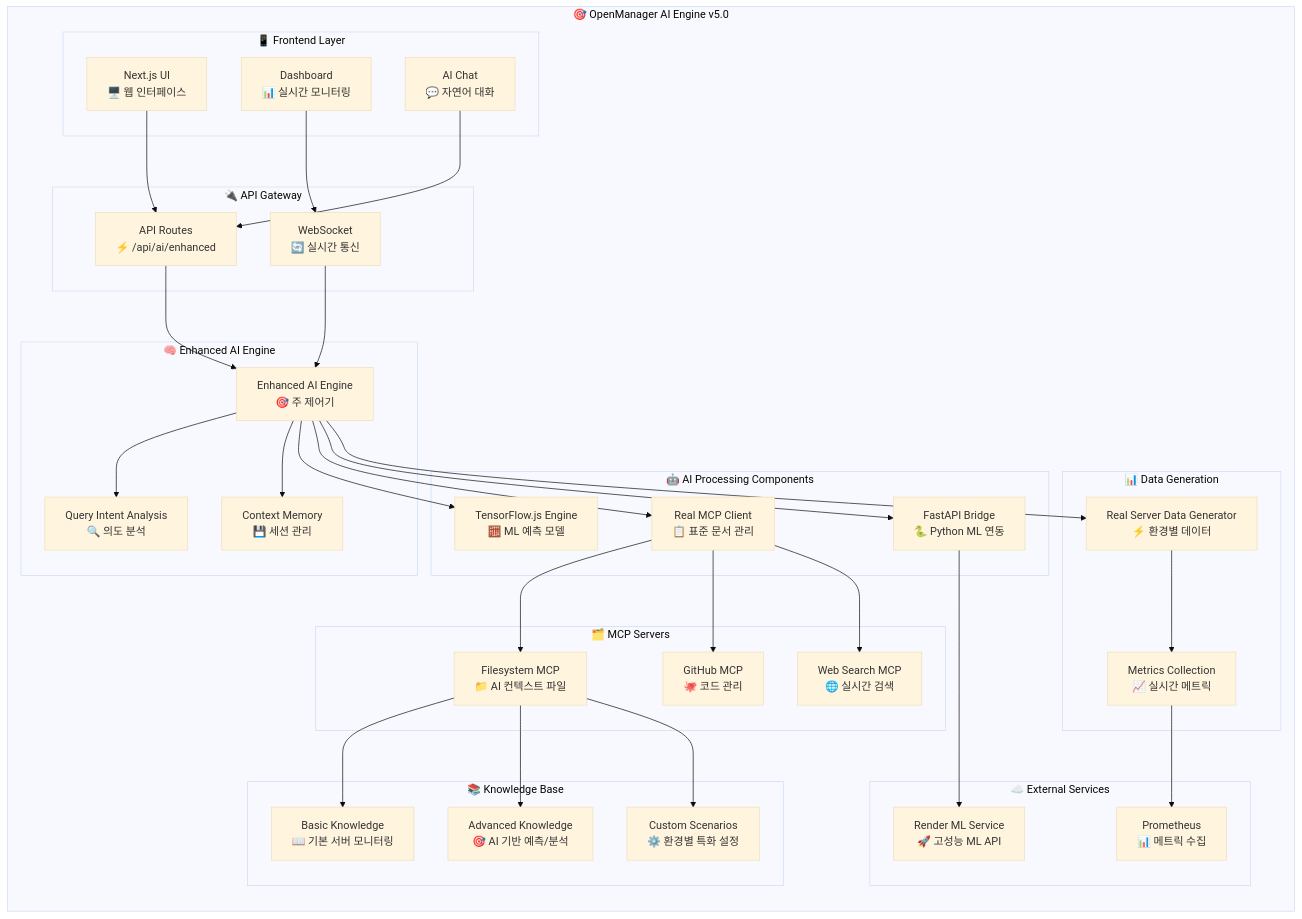
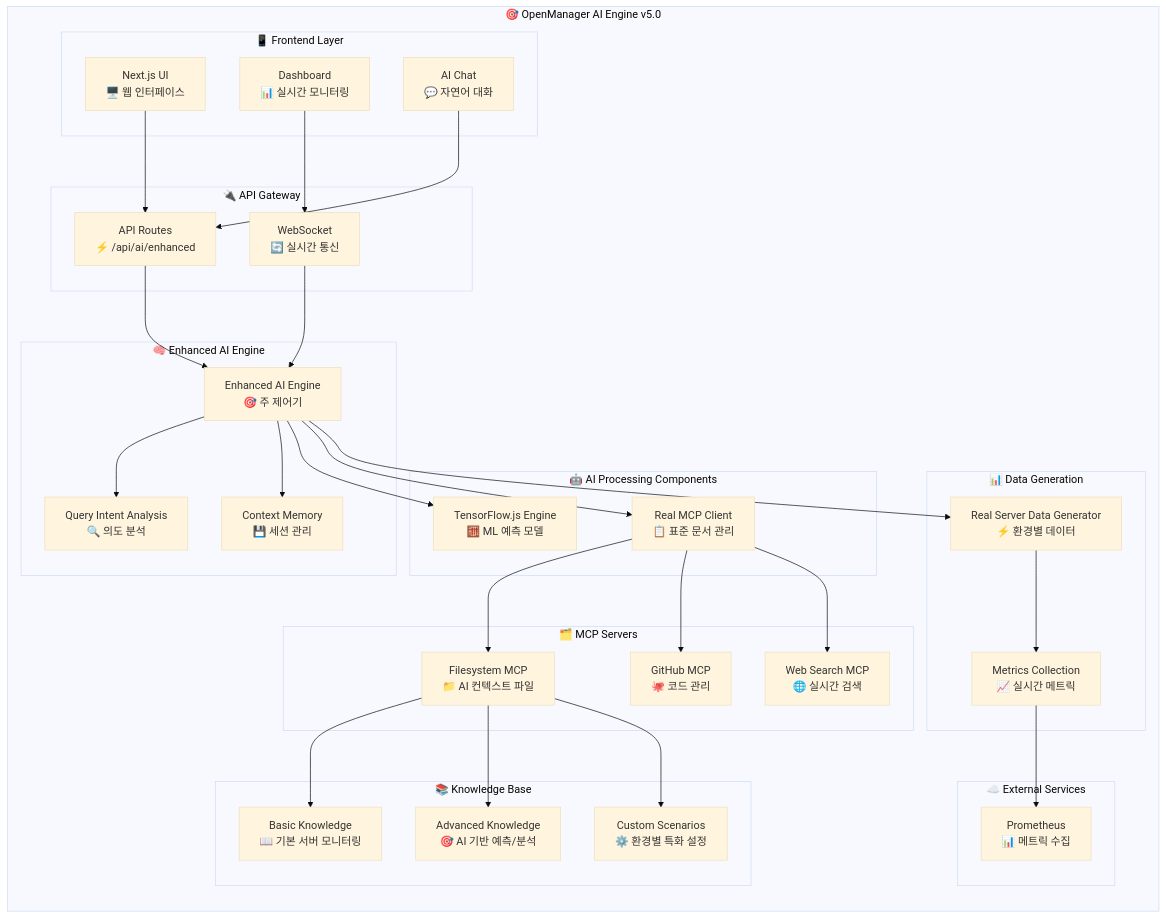
Before and after one commit to skyasu2/openmanager-vibe-v5: the diagram in docs/AI-ENGINE-ARCHITECTURE.md, drawn with Mermaid (base theme). The commit also changed other lines of this file and 2 other files, not shown here.

Commit message:
docs: update architecture for vercel

````diff
--- a/docs/AI-ENGINE-ARCHITECTURE.md
+++ b/docs/AI-ENGINE-ARCHITECTURE.md
@@ -17,79 +17,74 @@
 ```mermaid
 graph TB
     subgraph "🎯 OpenManager AI Engine v5.0"
         direction TB
         
         subgraph "📱 Frontend Layer"
             UI["Next.js UI<br/>🖥️ 웹 인터페이스"]
             Dashboard["Dashboard<br/>📊 실시간 모니터링"]
             Chat["AI Chat<br/>💬 자연어 대화"]
         end
         
         subgraph "🔌 API Gateway"
             API["API Routes<br/>⚡ /api/ai/enhanced"]
             WS["WebSocket<br/>🔄 실시간 통신"]
         end
         
         subgraph "🧠 Enhanced AI Engine"
             Core["Enhanced AI Engine<br/>🎯 주 제어기"]
             Intent["Query Intent Analysis<br/>🔍 의도 분석"]
             Context["Context Memory<br/>💾 세션 관리"]
         end
         
         subgraph "🤖 AI Processing Components"
             TF["TensorFlow.js Engine<br/>🧮 ML 예측 모델"]
             MCP["Real MCP Client<br/>📋 표준 문서 관리"]
-            FastAPI["FastAPI Bridge<br/>🐍 Python ML 연동"]
         end
         
         subgraph "📚 Knowledge Base"
             Basic["Basic Knowledge<br/>📖 기본 서버 모니터링"]
             Advanced["Advanced Knowledge<br/>🎯 AI 기반 예측/분석"]
             Custom["Custom Scenarios<br/>⚙️ 환경별 특화 설정"]
         end
         
         subgraph "🗂️ MCP Servers"
             FileSystem["Filesystem MCP<br/>📁 AI 컨텍스트 파일"]
             GitHub["GitHub MCP<br/>🐙 코드 관리"]
             WebSearch["Web Search MCP<br/>🌐 실시간 검색"]
         end
         
         subgraph "📊 Data Generation"
             DataGen["Real Server Data Generator<br/>⚡ 환경별 데이터"]
             Metrics["Metrics Collection<br/>📈 실시간 메트릭"]
         end
         
         subgraph "☁️ External Services"
-            Render["Render ML Service<br/>🚀 고성능 ML API"]
             Prometheus["Prometheus<br/>📊 메트릭 수집"]
         end
     end
     
     %% 연결 관계
     UI --> API
     Dashboard --> WS
     Chat --> API
     
     API --> Core
     WS --> Core
     
     Core --> Intent
     Core --> Context
     Core --> TF
     Core --> MCP
-    Core --> FastAPI
     
     MCP --> FileSystem
     MCP --> GitHub
     MCP --> WebSearch
     
     FileSystem --> Basic
     FileSystem --> Advanced
     FileSystem --> Custom
     
     Core --> DataGen
     DataGen --> Metrics
-    
-    FastAPI --> Render
     Metrics --> Prometheus
 ```
````
